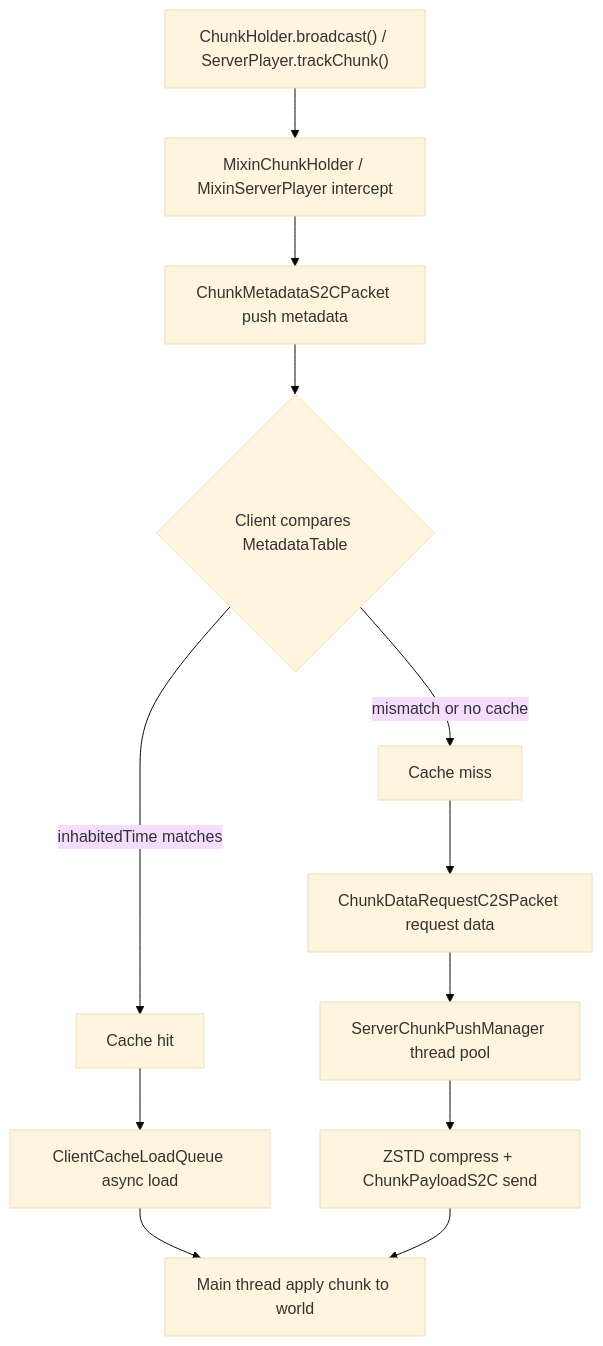
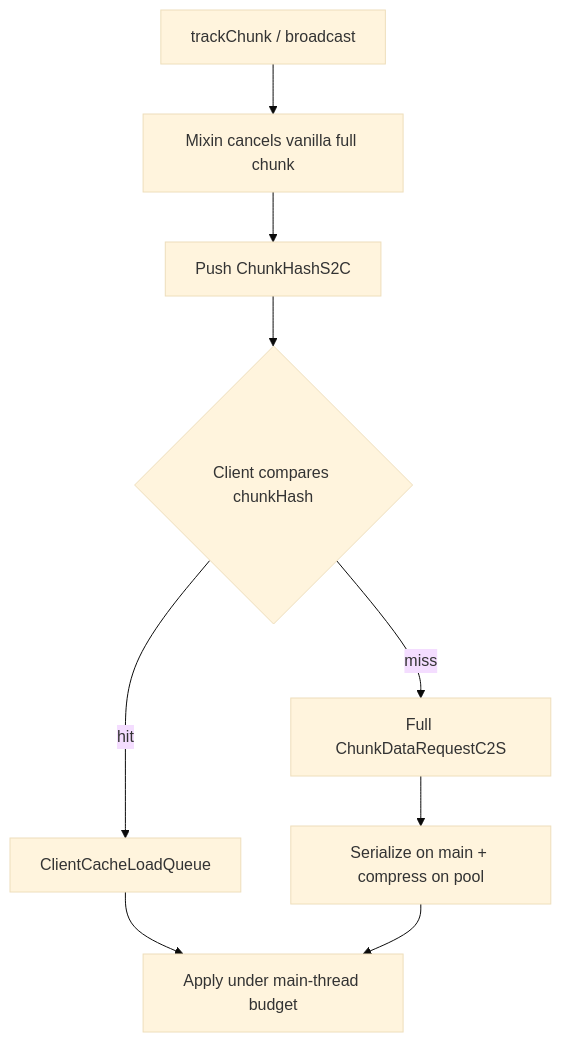
Before and after one commit to limuqy/Hassium: the diagram in README-en.md, drawn with Mermaid (base theme). The commit also changed other lines of this file and 74 other files, not shown here.

````diff
--- a/README-en.md
+++ b/README-en.md
@@ -162,18 +98,15 @@
 ```mermaid
 flowchart TD
-    trigger["ChunkHolder.broadcast() / ServerPlayer.trackChunk()"]
-    mixin["MixinChunkHolder / MixinServerPlayer intercept"]
-    metadata["ChunkMetadataS2CPacket push metadata"]
-    compare{"Client compares MetadataTable"}
-    cacheHit["Cache hit"]
-    cacheMiss["Cache miss"]
-    loadQueue["ClientCacheLoadQueue async load"]
-    request["ChunkDataRequestC2SPacket request data"]
-    pushMgr["ServerChunkPushManager thread pool"]
-    compress["ZSTD compress + ChunkPayloadS2C send"]
-    apply["Main thread apply chunk to world"]
+    trigger["trackChunk / broadcast"]
+    mixin["Mixin cancels vanilla full chunk"]
+    hash["Push ChunkHashS2C"]
+    compare{"Client compares chunkHash"}
+    hit["ClientCacheLoadQueue"]
+    miss["Full ChunkDataRequestC2S"]
+    push["Serialize on main + compress on pool"]
+    apply["Apply under main-thread budget"]
 
-    trigger --> mixin --> metadata --> compare
-    compare -->|inhabitedTime matches| cacheHit --> loadQueue --> apply
-    compare -->|mismatch or no cache| cacheMiss --> request --> pushMgr --> compress --> apply
+    trigger --> mixin --> hash --> compare
+    compare -->|hit| hit --> apply
+    compare -->|miss| miss --> push --> apply
 ```
````
